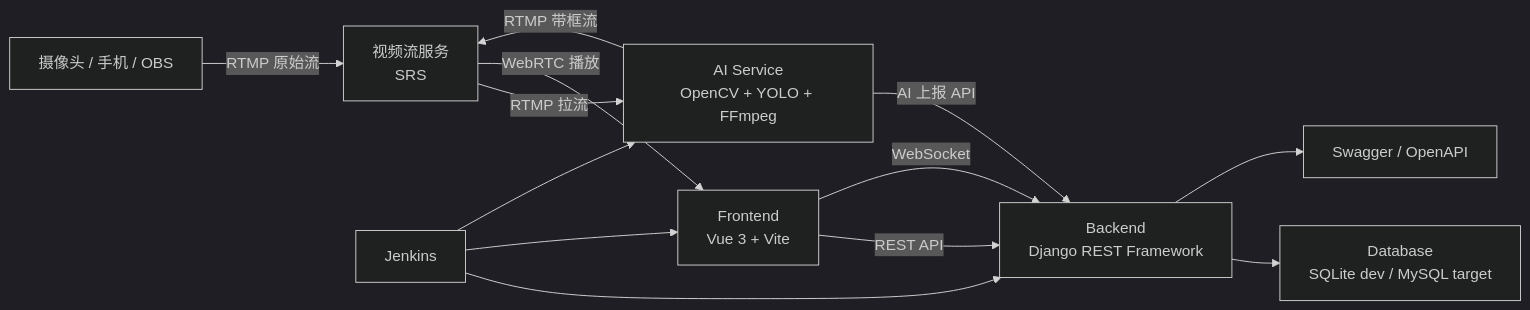
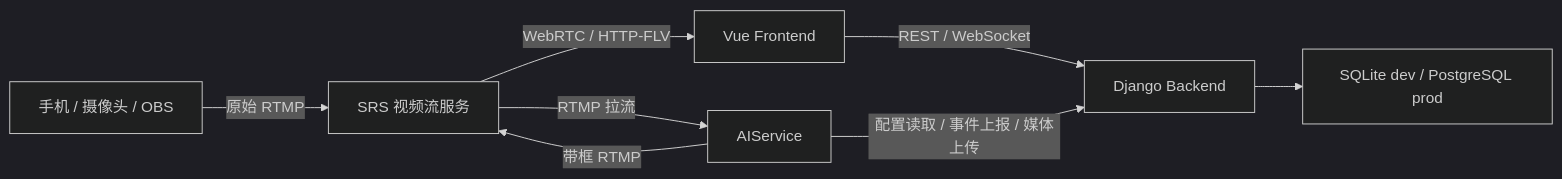
The first of 3 diagrams in docs/03-architecture-design.md (YuzhSong/FactoryVision), drawn with Mermaid (dark theme) before and after one commit. The commit also changed other lines of this file and 86 other files, not shown here.

````diff
--- a/docs/03-architecture-design.md
+++ b/docs/03-architecture-design.md
@@ -17,15 +7,10 @@
 ```mermaid
 flowchart LR
-    Camera["摄像头 / 手机 / OBS"] -->|RTMP 原始流| Stream["视频流服务<br/>SRS"]
-    Stream -->|RTMP 拉流| AI["AI Service<br/>OpenCV + YOLO + FFmpeg"]
-    AI -->|RTMP 带框流| Stream
-    Stream -->|WebRTC 播放| Frontend["Frontend<br/>Vue 3 + Vite"]
-    Frontend -->|REST API| Backend["Backend<br/>Django REST Framework"]
-    Frontend -->|WebSocket| Backend
-    AI -->|AI 上报 API| Backend
-    Backend --> DB["Database<br/>SQLite dev / MySQL target"]
-    Backend --> Swagger["Swagger / OpenAPI"]
-    Jenkins["Jenkins"] --> Backend
-    Jenkins --> Frontend
-    Jenkins --> AI
+    Capture["手机 / 摄像头 / OBS"] -->|"原始 RTMP"| SRS["SRS 视频流服务"]
+    SRS -->|"RTMP 拉流"| AI["AIService"]
+    AI -->|"带框 RTMP"| SRS
+    SRS -->|"WebRTC / HTTP-FLV"| FE["Vue Frontend"]
+    FE -->|"REST / WebSocket"| BE["Django Backend"]
+    AI -->|"配置读取 / 事件上报 / 媒体上传"| BE
+    BE --> DB["SQLite dev / PostgreSQL prod"]
 ```
````
